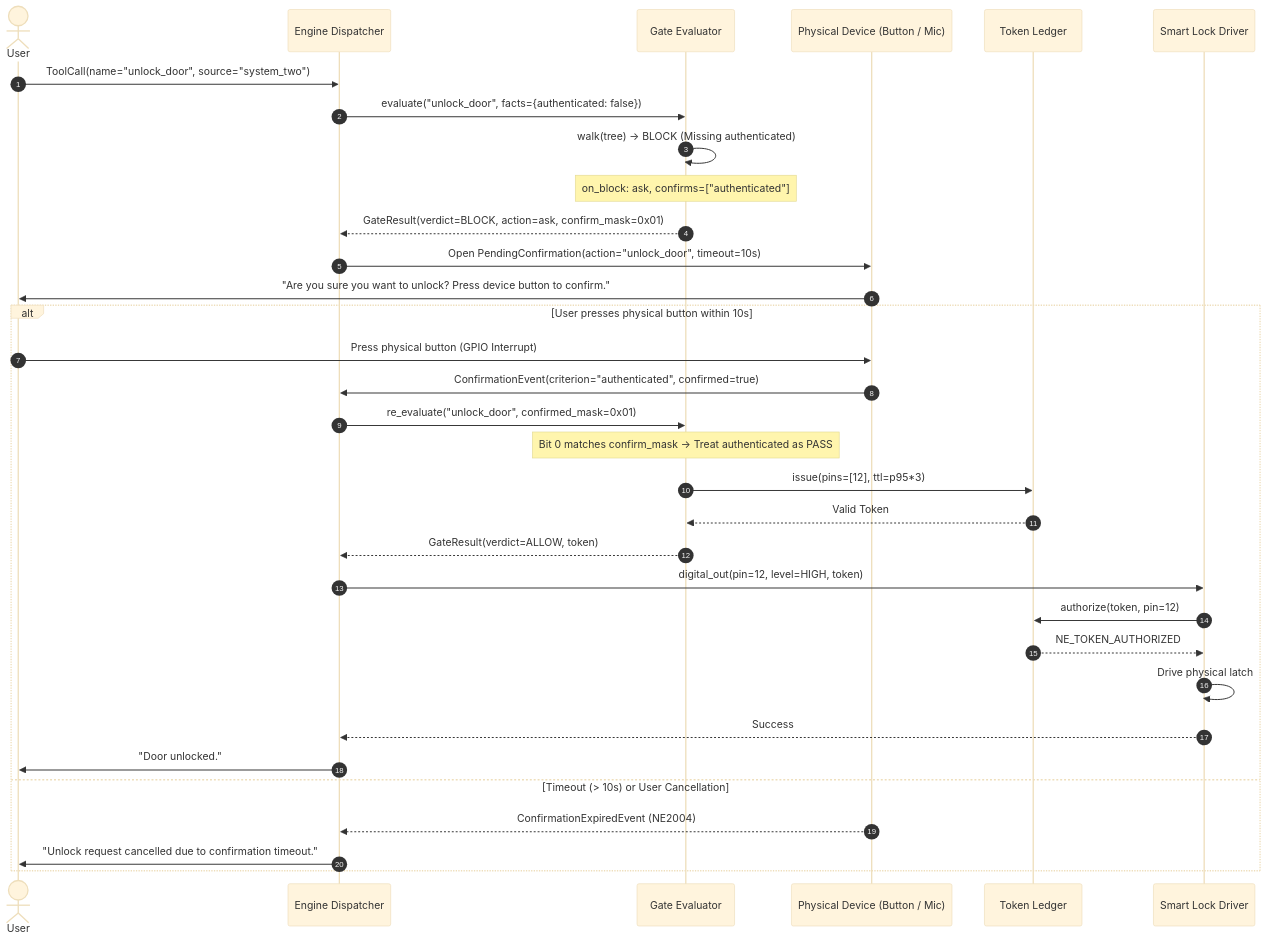
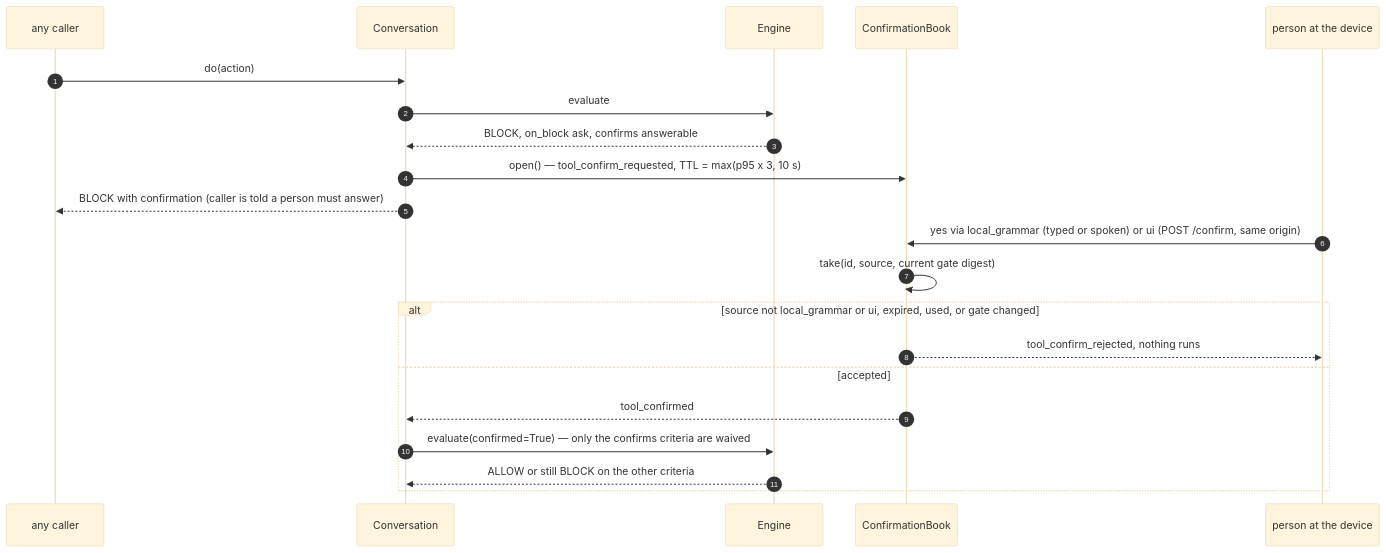
The second of 10 diagrams in docs/architecture/en/06-runtime-flows.md (letrongminh/neuroedge-init), drawn with Mermaid (base theme) before and after one commit. The commit also changed other lines of this file and 63 other files, not shown here.

First line of the commit message:
docs(architecture): rebuild the suite from main — C4 L1–L4, deployment, ADR, NFR, VI/EN

````diff
--- a/docs/architecture/en/06-runtime-flows.md
+++ b/docs/architecture/en/06-runtime-flows.md
@@ -133,40 +49,23 @@
 ```mermaid
 sequenceDiagram
     autonumber
-    actor User as User
-    participant Engine as Engine Dispatcher
-    participant Gate as Gate Evaluator
-    participant Device as Physical Device (Button / Mic)
-    participant Ledger as Token Ledger
-    participant HAL as Smart Lock Driver
-
-    User->>Engine: ToolCall(name="unlock_door", source="system_two")
-    Engine->>Gate: evaluate("unlock_door", facts={authenticated: false})
-    
-    Gate->>Gate: walk(tree) -> BLOCK (Missing authenticated)
-    Note over Gate: on_block: ask, confirms=["authenticated"]
-    
-    Gate-->>Engine: GateResult(verdict=BLOCK, action=ask, confirm_mask=0x01)
-    
-    Engine->>Device: Open PendingConfirmation(action="unlock_door", timeout=10s)
-    Device->>User: "Are you sure you want to unlock? Press device button to confirm."
-    
-    alt User presses physical button within 10s
-        User->>Device: Press physical button (GPIO Interrupt)
-        Device->>Engine: ConfirmationEvent(criterion="authenticated", confirmed=true)
-        Engine->>Gate: re_evaluate("unlock_door", confirmed_mask=0x01)
-        Note over Gate: Bit 0 matches confirm_mask -> Treat authenticated as PASS
-        Gate->>Ledger: issue(pins=[12], ttl=p95*3)
-        Ledger-->>Gate: Valid Token
-        Gate-->>Engine: GateResult(verdict=ALLOW, token)
-        Engine->>HAL: digital_out(pin=12, level=HIGH, token)
-        HAL->>Ledger: authorize(token, pin=12)
-        Ledger-->>HAL: NE_TOKEN_AUTHORIZED
-        HAL->>HAL: Drive physical latch
-        HAL-->>Engine: Success
-        Engine->>User: "Door unlocked."
-    else Timeout (> 10s) or User Cancellation
-        Device-->>Engine: ConfirmationExpiredEvent (NE2004)
-        Engine->>User: "Unlock request cancelled due to confirmation timeout."
+    participant X as any caller
+    participant C as Conversation
+    participant E as Engine
+    participant B as ConfirmationBook
+    participant P as person at the device
+    X->>C: do(action)
+    C->>E: evaluate
+    E-->>C: BLOCK, on_block ask, confirms answerable
+    C->>B: open() — tool_confirm_requested, TTL = max(p95 x 3, 10 s)
+    C-->>X: BLOCK with confirmation (caller is told a person must answer)
+    P->>B: yes via local_grammar (typed or spoken) or ui (POST /confirm, same origin)
+    B->>B: take(id, source, current gate digest)
+    alt source not local_grammar or ui, expired, used, or gate changed
+        B-->>P: tool_confirm_rejected, nothing runs
+    else accepted
+        B-->>C: tool_confirmed
+        C->>E: evaluate(confirmed=True) — only the confirms criteria are waived
+        E-->>C: ALLOW or still BLOCK on the other criteria
     end
 ```
````
